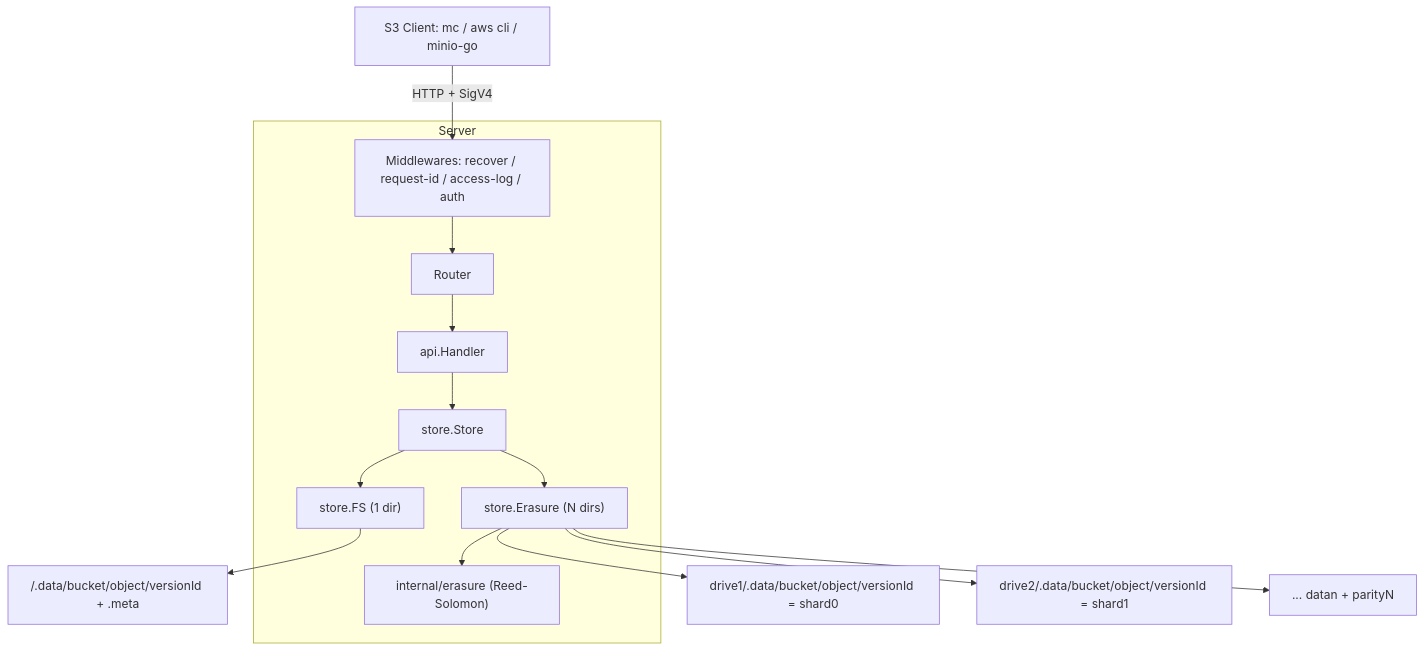
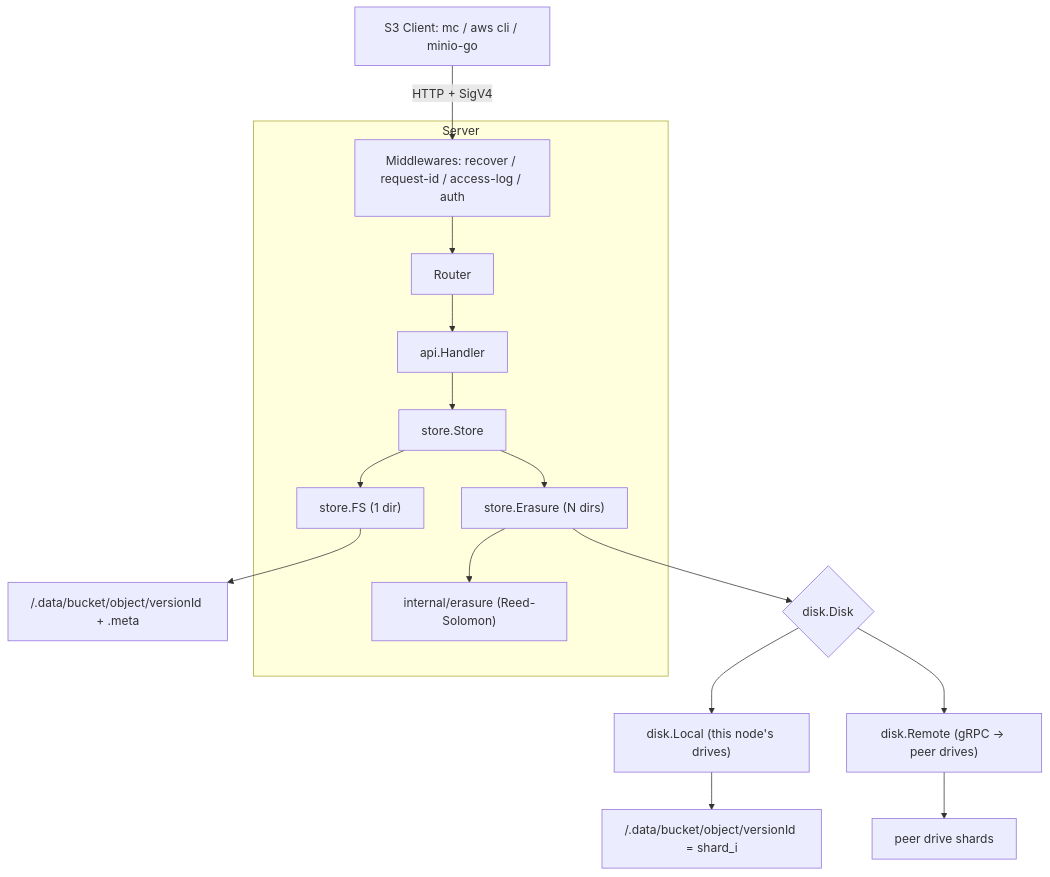
The first of 2 diagrams in README.md (KeXingJian/gos3), drawn with Mermaid before and after one commit. The commit also changed other lines of this file and 19 other files, not shown here.

````diff
--- a/README.md
+++ b/README.md
@@ -75,16 +88,18 @@
 ```mermaid
 flowchart TD
     C[S3 Client: mc / aws cli / minio-go] -->|HTTP + SigV4| MW
     subgraph Server
         MW[Middlewares: recover / request-id / access-log / auth] --> R[Router]
         R --> H[api.Handler]
         H --> ST[store.Store]
         ST --> FS["store.FS (1 dir)"]
         ST --> ER["store.Erasure (N dirs)"]
         ER --> RS["internal/erasure (Reed-Solomon)"]
     end
     FS --> DATA[<root>/.data/bucket/object/versionId + .meta]
-    ER --> D1[drive1/.data/bucket/object/versionId = shard0]
-    ER --> D2[drive2/.data/bucket/object/versionId = shard1]
-    ER --> DN["... datan + parityN"]
+    ER --> DK{"disk.Disk"}
+    DK --> LOCAL["disk.Local (this node's drives)"]
+    DK --> REMOTE["disk.Remote (gRPC -> peer drives)"]
+    LOCAL --> SH[<drive>/.data/bucket/object/versionId = shard_i]
+    REMOTE --> SH2[peer drive shards]
 ```
````
